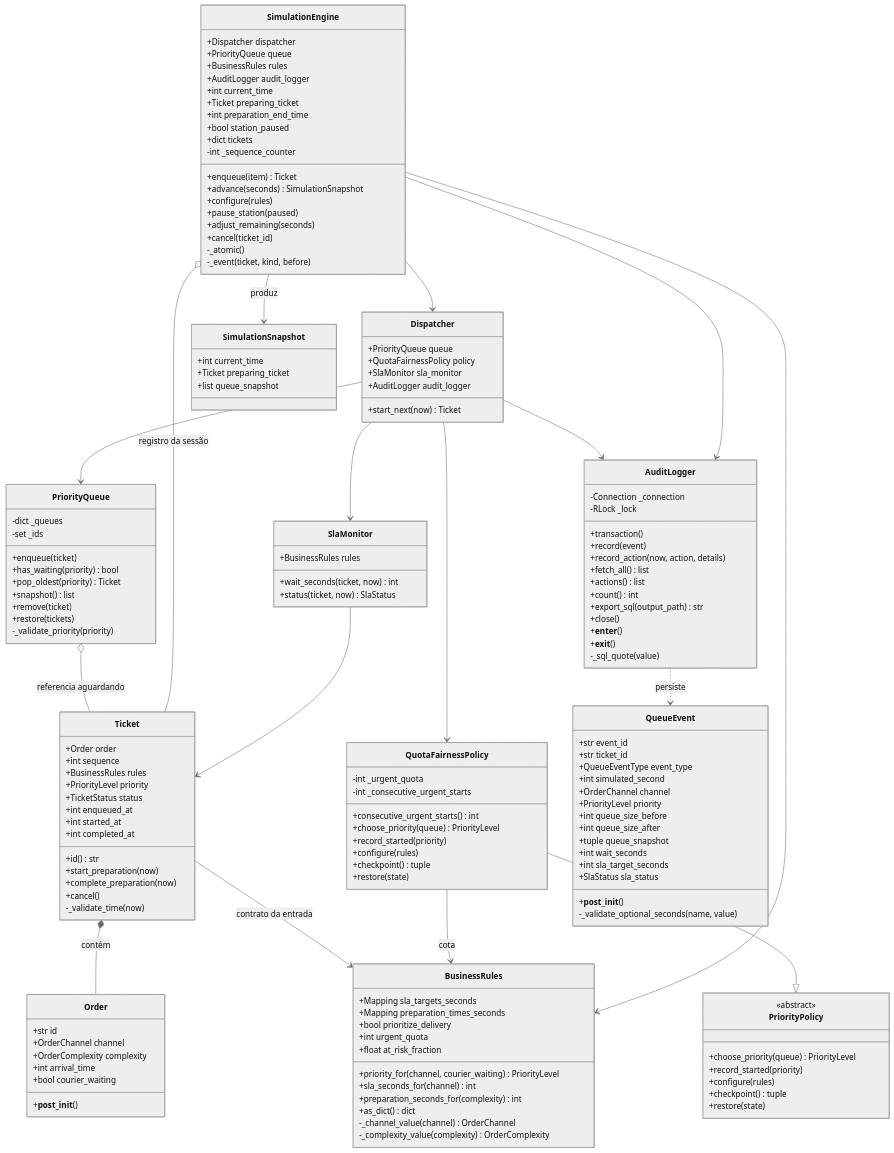
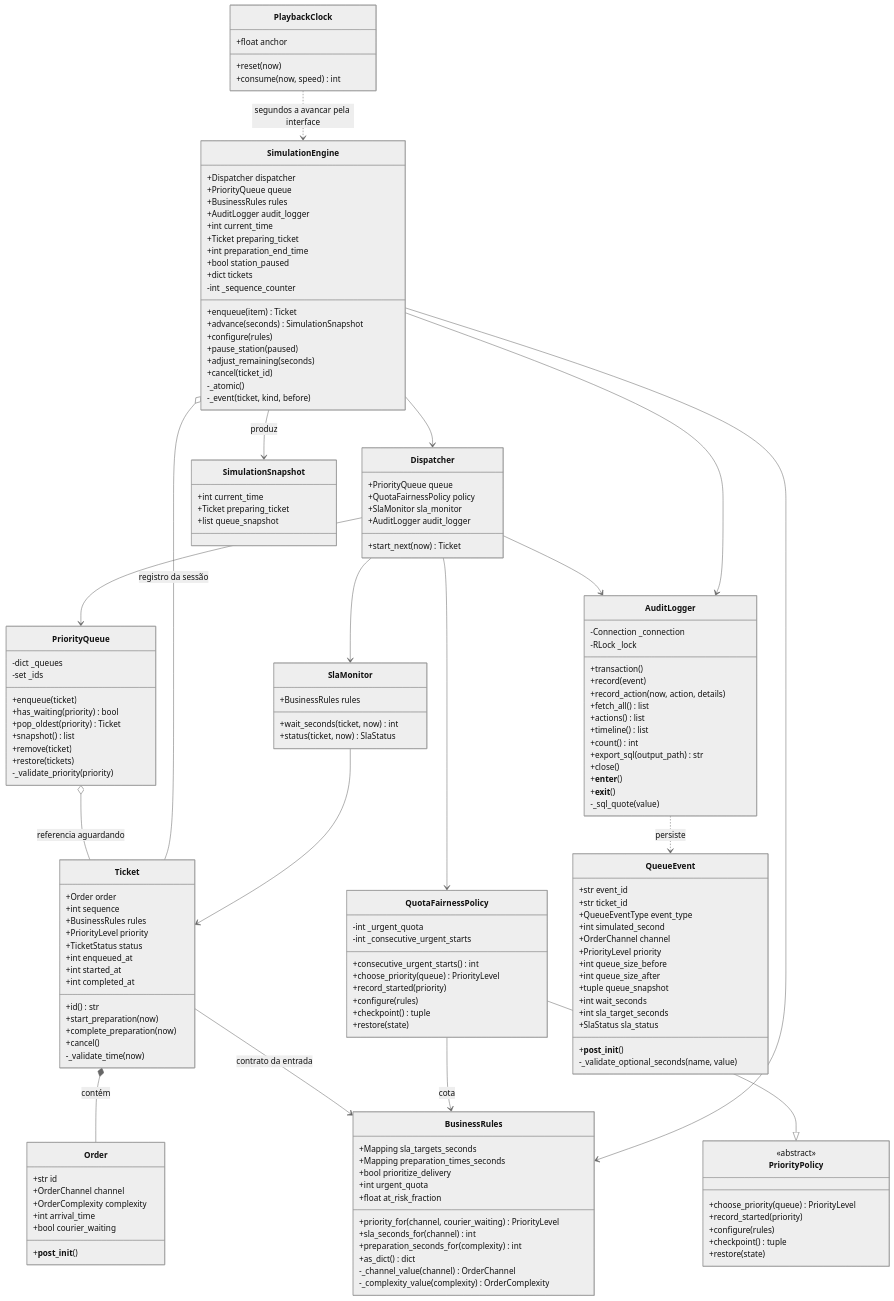
One commit to JeffRosaDev/projeto_a3_sergio changed the second of 5 diagrams in entregas/final/diagrama_completo.md. Above: the diagram before and after it, drawn with Mermaid (neutral theme). The commit also changed 14 other files, not shown here.

```diff
--- a/entregas/final/diagrama_completo.md
+++ b/entregas/final/diagrama_completo.md
@@ -104,6 +104,11 @@
     +wait_seconds(ticket, now) int
     +status(ticket, now) SlaStatus
   }
+  class PlaybackClock {
+    +float anchor
+    +reset(now)
+    +consume(now, speed) int
+  }
   class Dispatcher {
     +PriorityQueue queue
     +QuotaFairnessPolicy policy
@@ -160,6 +165,7 @@
     +record_action(now, action, details)
     +fetch_all() list
     +actions() list
+    +timeline() list
     +count() int
     +export_sql(output_path) str
     +close()
@@ -178,6 +184,7 @@
   Dispatcher --> AuditLogger
   SimulationEngine --> Dispatcher
   SimulationEngine --> BusinessRules
+  PlaybackClock ..> SimulationEngine : segundos a avancar pela interface
   SimulationEngine --> AuditLogger
   SimulationEngine --> SimulationSnapshot : produz
   SimulationEngine o-- Ticket : registro da sessão
```
